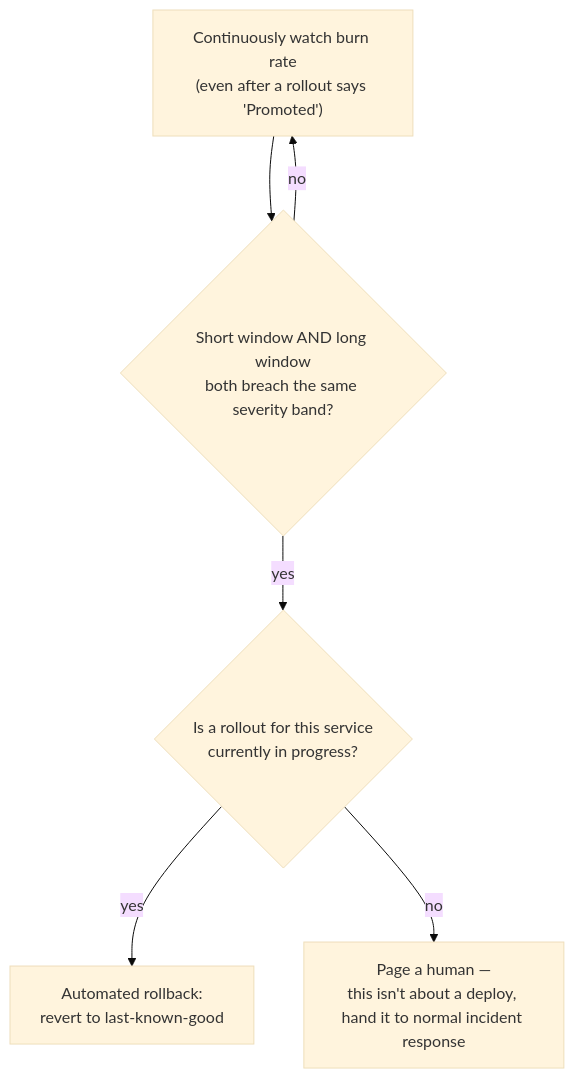
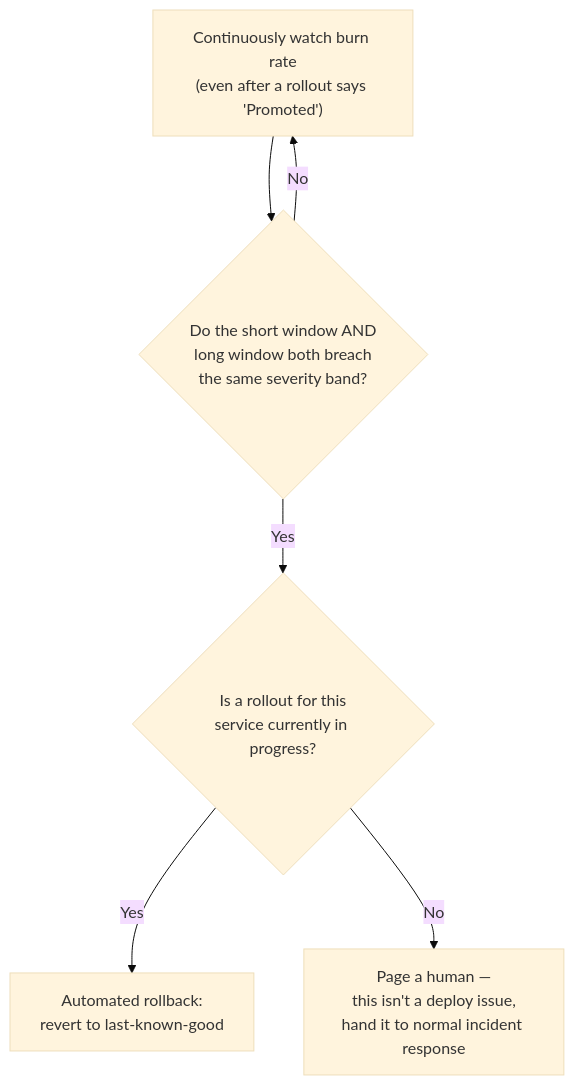
One commit to riyaz-pasha/Learnings changed the seventh of 13 diagrams in system-design/HLD/0-course/40-Design-a-Deployment-System-FAANG-Guide-story.md. Above: the diagram before and after it, drawn with Mermaid (base theme). The commit also changed other lines of this file and 1 other file, not shown here.

Commit message:
[REWRITE] Deployment System story guide: simplify prose, add structure, fix diagrams

````diff
--- a/system-design/HLD/0-course/40-Design-a-Deployment-System-FAANG-Guide-story.md
+++ b/system-design/HLD/0-course/40-Design-a-Deployment-System-FAANG-Guide-story.md
@@ -208,8 +410,8 @@
 ```mermaid
 flowchart TD
-    A["Continuously watch burn rate\n(even after a rollout says 'Promoted')"] --> B{"Short window AND long window\nboth breach the same severity band?"}
-    B -- no --> A
-    B -- "yes" --> C{"Is a rollout for this service\ncurrently in progress?"}
-    C -- yes --> D["Automated rollback:\nrevert to last-known-good"]
-    C -- no --> E["Page a human —\nthis isn't about a deploy, hand it to normal incident response"]
+    A["Continuously watch burn rate<br/>(even after a rollout says 'Promoted')"] --> B{"Do the short window AND<br/>long window both breach<br/>the same severity band?"}
+    B -- "No" --> A
+    B -- "Yes" --> C{"Is a rollout for this<br/>service currently in progress?"}
+    C -- "Yes" --> D["Automated rollback:<br/>revert to last-known-good"]
+    C -- "No" --> E["Page a human —<br/>this isn't a deploy issue,<br/>hand it to normal incident response"]
 ```
````
